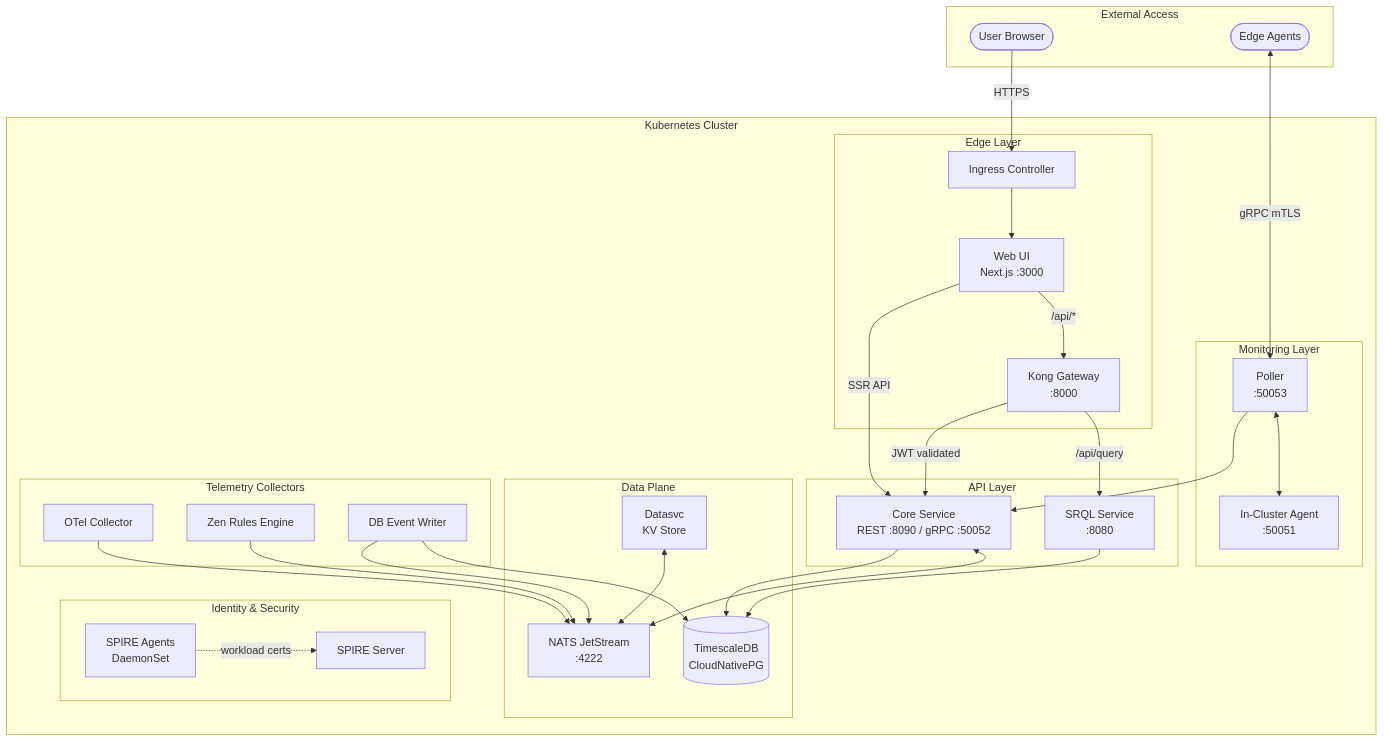
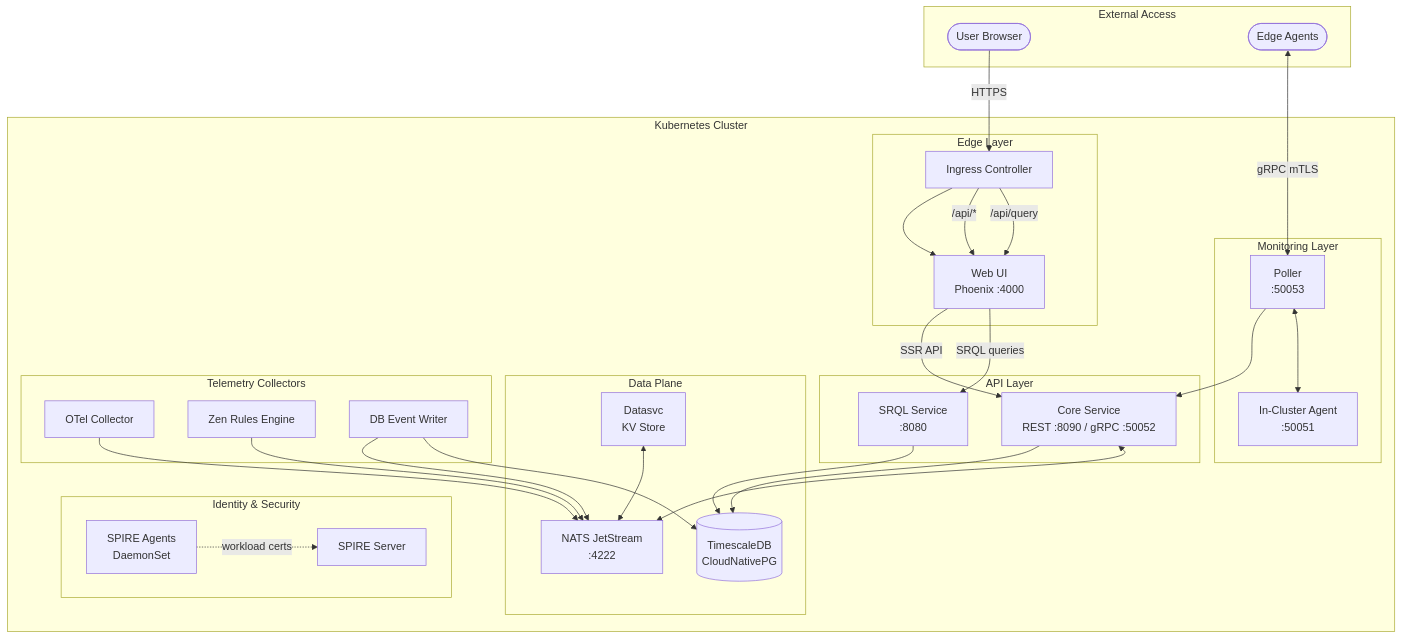
Before and after one commit to carverauto/serviceradar: the first of 6 diagrams in docs/docs/architecture.md, drawn with Mermaid. The commit also changed other lines of this file and 125 other files, not shown here.

````diff
--- a/docs/docs/architecture.md
+++ b/docs/docs/architecture.md
@@ -12,70 +12,69 @@
 ```mermaid
 flowchart TB
     subgraph External["External Access"]
         User([User Browser])
         EdgeAgent([Edge Agents])
     end
 
     subgraph Cluster["Kubernetes Cluster"]
         subgraph Ingress["Edge Layer"]
             ING[Ingress Controller]
-            WEB[Web UI<br/>Next.js :3000]
-            KONG[Kong Gateway<br/>:8000]
+            WEB[Web UI<br/>Phoenix :4000]
         end
 
         subgraph API["API Layer"]
             CORE[Core Service<br/>REST :8090 / gRPC :50052]
             SRQL[SRQL Service<br/>:8080]
         end
 
         subgraph Monitoring["Monitoring Layer"]
             POLLER[Poller<br/>:50053]
             AGENT[In-Cluster Agent<br/>:50051]
         end
 
         subgraph DataPlane["Data Plane"]
             NATS[NATS JetStream<br/>:4222]
             DATASVC[Datasvc<br/>KV Store]
             CNPG[(TimescaleDB<br/>CloudNativePG)]
         end
 
         subgraph Collectors["Telemetry Collectors"]
             OTEL[OTel Collector]
             ZEN[Zen Rules Engine]
             DBWRITER[DB Event Writer]
         end
 
         subgraph Identity["Identity & Security"]
             SPIRE[SPIRE Server]
             SPIREAGENT[SPIRE Agents<br/>DaemonSet]
         end
     end
 
     %% User traffic flow
     User -->|HTTPS| ING
     ING --> WEB
+    ING -->|/api/*| WEB
+    ING -->|/api/query| WEB
     WEB -->|SSR API| CORE
-    WEB -->|/api/*| KONG
-    KONG -->|JWT validated| CORE
-    KONG -->|/api/query| SRQL
+    WEB -->|SRQL queries| SRQL
 
     %% Edge agent flow
     EdgeAgent <-->|gRPC mTLS| POLLER
 
     %% Internal monitoring
     POLLER --> CORE
     POLLER <--> AGENT
 
     %% Data flow
     CORE --> CNPG
     SRQL --> CNPG
     CORE <--> NATS
     DATASVC <--> NATS
     OTEL --> NATS
     ZEN --> NATS
     DBWRITER --> NATS
     DBWRITER --> CNPG
 
     %% Identity (simplified - all services use SPIRE)
     SPIREAGENT -.->|workload certs| SPIRE
 ```
````
